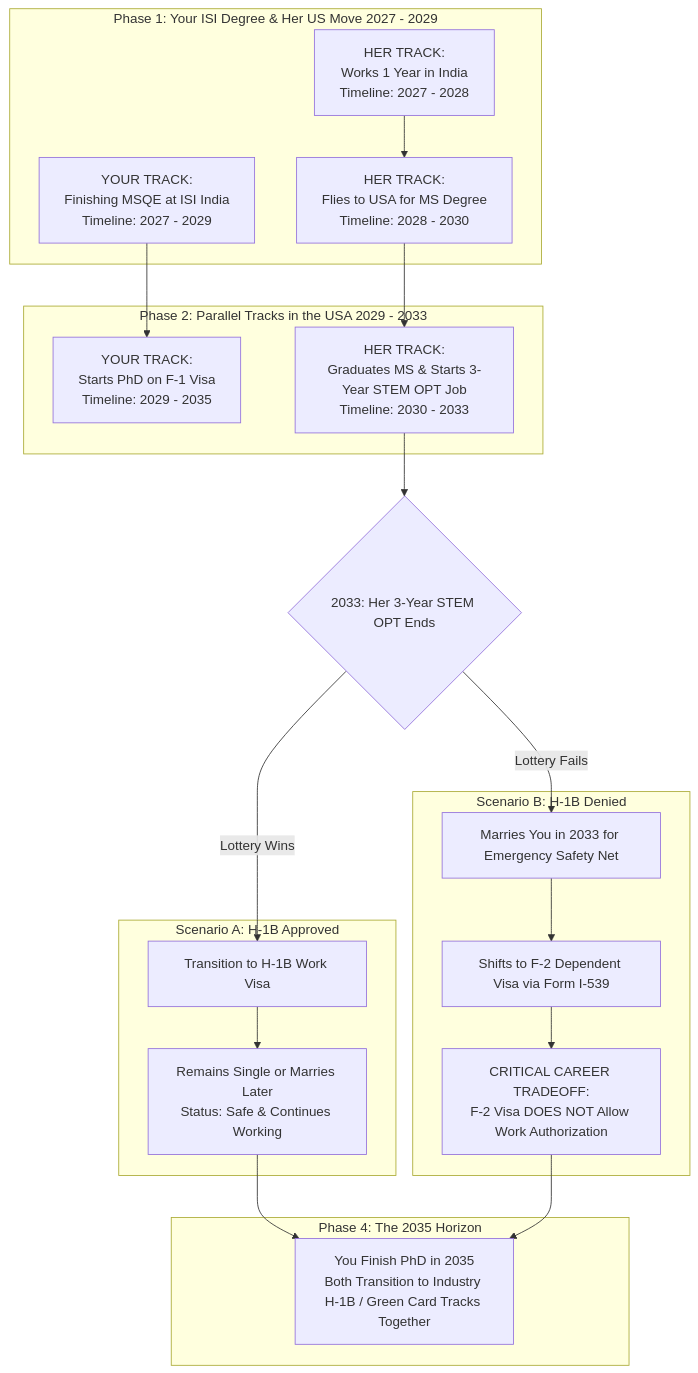
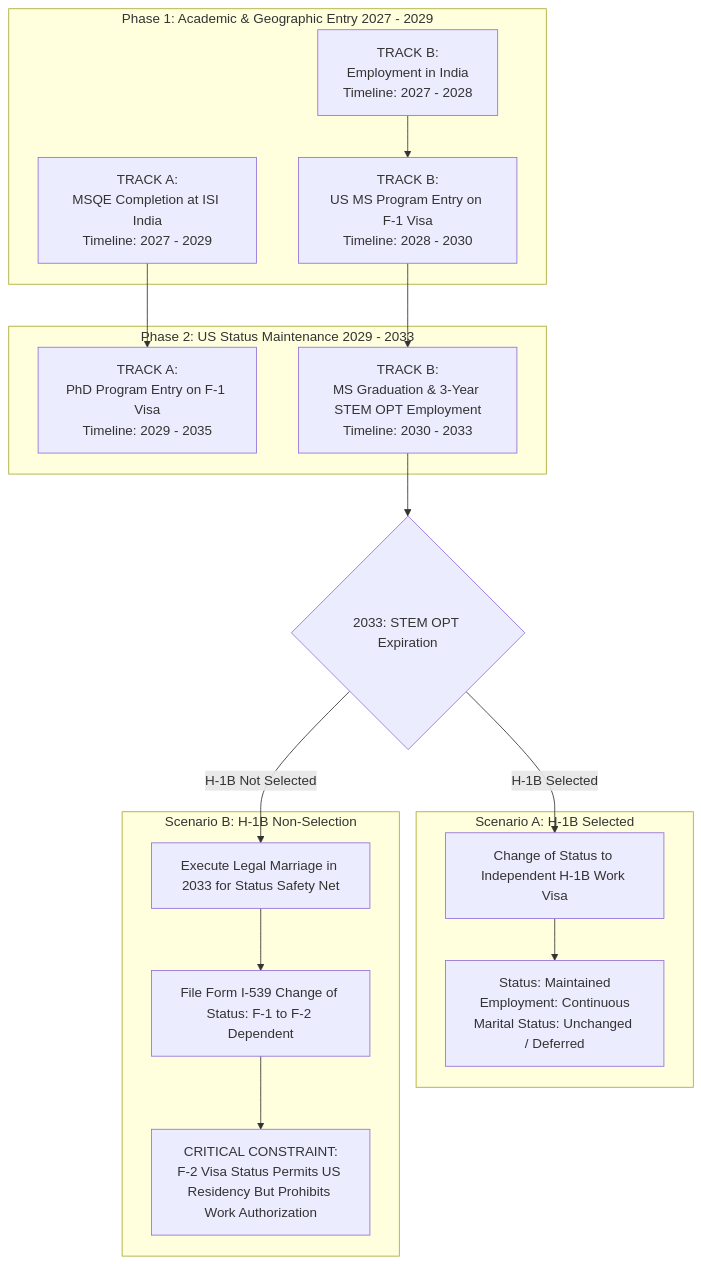
The diagram in mrinali.mmd (snapradeon2005123/TalentScanAI), drawn with Mermaid before and after one commit.

```diff
--- a/mrinali.mmd
+++ b/mrinali.mmd
@@ -1,61 +1,51 @@
 graph TD
     %% ---------------------------------------------
-    %% PHASE 1: TIMELINE START
+    %% PHASE 1: INITIAL SEPARATION
     %% ---------------------------------------------
-    subgraph Phase_1 [Phase 1: Your ISI Degree & Her US Move 2027 - 2029]
-        You_ISI[YOUR TRACK:<br>Finishing MSQE at ISI India<br>Timeline: 2027 - 2029]
+    subgraph Phase_1 [Phase 1: Academic & Geographic Entry 2027 - 2029]
+        Track_A1[TRACK A:<br>MSQE Completion at ISI India<br>Timeline: 2027 - 2029]
         
-        Wife_India[HER TRACK:<br>Works 1 Year in India<br>Timeline: 2027 - 2028]
-        Wife_Fly[HER TRACK:<br>Flies to USA for MS Degree<br>Timeline: 2028 - 2030]
+        Track_B1[TRACK B:<br>Employment in India<br>Timeline: 2027 - 2028]
+        Track_B2[TRACK B:<br>US MS Program Entry on F-1 Visa<br>Timeline: 2028 - 2030]
         
-        Wife_India --> Wife_Fly
+        Track_B1 --> Track_B2
     end
 
     %% ---------------------------------------------
-    %% PHASE 2: CONVERGENCE
+    %% PHASE 2: PARALLEL US STATUS
     %% ---------------------------------------------
-    subgraph Phase_2 [Phase 2: Parallel Tracks in the USA 2029 - 2033]
-        You_PhD[YOUR TRACK:<br>Starts PhD on F-1 Visa<br>Timeline: 2029 - 2035]
+    subgraph Phase_2 [Phase 2: US Status Maintenance 2029 - 2033]
+        Track_A2[TRACK A:<br>PhD Program Entry on F-1 Visa<br>Timeline: 2029 - 2035]
         
-        Wife_OPT[HER TRACK:<br>Graduates MS & Starts 3-Year STEM OPT Job<br>Timeline: 2030 - 2033]
+        Track_B3[TRACK B:<br>MS Graduation & 3-Year STEM OPT Employment<br>Timeline: 2030 - 2033]
     end
     
-    You_ISI --> You_PhD
-    Wife_Fly --> Wife_OPT
+    Track_A1 --> Track_A2
+    Track_B2 --> Track_B3
 
     %% ---------------------------------------------
-    %% PHASE 3: THE FORK IN THE ROAD (2033)
+    %% PHASE 3: STATUS EXPIRATION FORK (2033)
     %% ---------------------------------------------
-    Decision{2033: Her 3-Year STEM OPT Ends}
-    Wife_OPT --> Decision
+    Decision{2033: STEM OPT Expiration}
+    Track_B3 --> Decision
 
-    %% SCENARIO A: SUCCESS
-    subgraph Scenario_A [Scenario A: H-1B Approved]
-        H1B_Win[Transition to H-1B Work Visa]
-        Stay_Single[Remains Single or Marries Later<br>Status: Safe & Continues Working]
+    %% SCENARIO A: H-1B SELECTION
+    subgraph Scenario_A [Scenario A: H-1B Selected]
+        H1B_App[Change of Status to Independent H-1B Work Visa]
+        Maintain_Ind[Status: Maintained<br>Employment: Continuous<br>Marital Status: Unchanged / Deferred]
         
-        H1B_Win --> Stay_Single
+        H1B_App --> Maintain_Ind
     end
 
-    %% SCENARIO B: FALLBACK
-    subgraph Scenario_B [Scenario B: H-1B Denied]
-        Emergency_Marriage[Marries You in 2033 for Emergency Safety Net]
-        F2_Visa[Shifts to F-2 Dependent Visa via Form I-539]
-        Career_Tradeoff[CRITICAL CAREER TRADEOFF:<br>F-2 Visa DOES NOT Allow Work Authorization]
+    %% SCENARIO B: H-1B NON-SELECTION
+    subgraph Scenario_B [Scenario B: H-1B Non-Selection]
+        Action_Marry[Execute Legal Marriage in 2033 for Status Safety Net]
+        F2_Filing[File Form I-539 Change of Status: F-1 to F-2 Dependent]
+        Work_Restriction[CRITICAL CONSTRAINT:<br>F-2 Visa Status Permits US Residency But Prohibits Work Authorization]
         
-        Emergency_Marriage --> F2_Visa
-        F2_Visa --> Career_Tradeoff
+        Action_Marry --> F2_Filing
+        F2_Filing --> Work_Restriction
     end
 
-    Decision -- Lottery Wins --> H1B_Win
-    Decision -- Lottery Fails --> Emergency_Marriage
-
-    %% ---------------------------------------------
-    %% PHASE 4: THE HORIZON
-    %% ---------------------------------------------
-    subgraph Phase_4 [Phase 4: The 2035 Horizon]
-        Endgame[You Finish PhD in 2035<br>Both Transition to Industry H-1B / Green Card Tracks Together]
-    end
-
-    Stay_Single --> Endgame
-    Career_Tradeoff --> Endgame
+    Decision -- H-1B Selected --> H1B_App
+    Decision -- H-1B Not Selected --> Action_Marry
```
